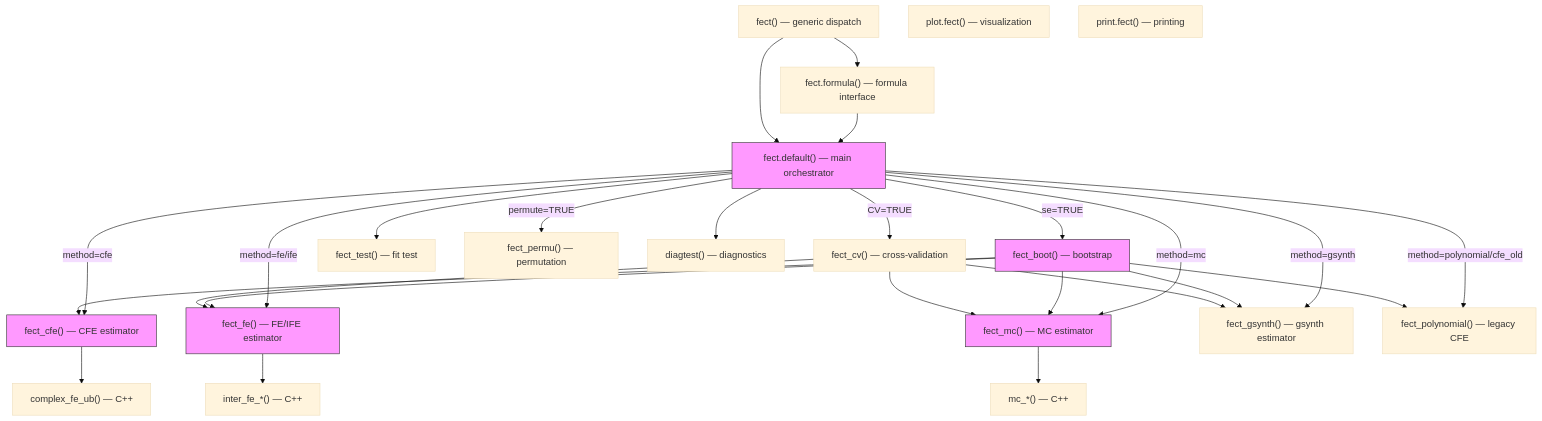
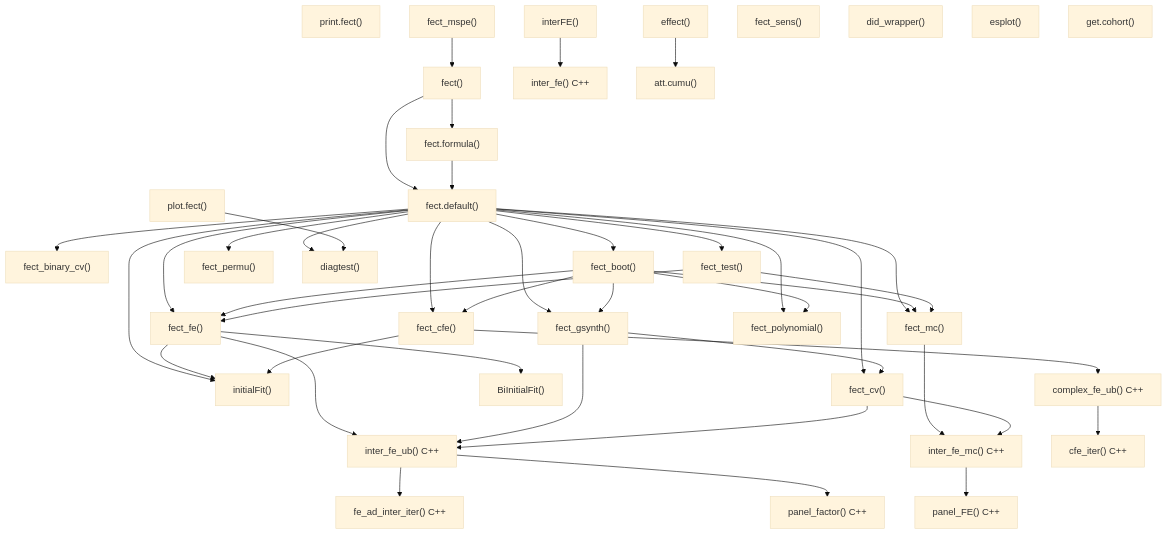
Before and after one commit to xuyiqing/fect: the second of 3 diagrams in architecture.md, drawn with Mermaid (base theme). The commit also changed other lines of this file, not shown here.

First line of the commit message:
docs: rewrite architecture.md as permanent canonical reference

````diff
--- a/architecture.md
+++ b/architecture.md
@@ -150,58 +153,62 @@
 ```mermaid
 graph TD
-    fect["fect() — generic dispatch"]
-    fect_formula["fect.formula() — formula interface"]
-    fect_default["fect.default() — main orchestrator"]
-    fect_cfe_fn["fect_cfe() — CFE estimator"]
-    fect_fe_fn["fect_fe() — FE/IFE estimator"]
-    fect_mc_fn["fect_mc() — MC estimator"]
-    fect_gsynth_fn["fect_gsynth() — gsynth estimator"]
-    fect_poly_fn["fect_polynomial() — legacy CFE"]
-    fect_cv_fn["fect_cv() — cross-validation"]
-    fect_boot_fn["fect_boot() — bootstrap"]
-    fect_test_fn["fect_test() — fit test"]
-    fect_permu_fn["fect_permu() — permutation"]
-    diagtest_fn["diagtest() — diagnostics"]
-    plot_fect["plot.fect() — visualization"]
-    print_fect["print.fect() — printing"]
+    fect["fect()"] --> fect_formula["fect.formula()"]
+    fect --> fect_default["fect.default()"]
+    fect_formula --> fect_default
 
-    complex_fe_ub["complex_fe_ub() — C++"]
-    inter_fe["inter_fe_*() — C++"]
-    mc_cpp["mc_*() — C++"]
+    fect_default --> initialFit["initialFit()"]
+    fect_default --> fect_fe["fect_fe()"]
+    fect_default --> fect_cfe["fect_cfe()"]
+    fect_default --> fect_mc["fect_mc()"]
+    fect_default --> fect_gsynth["fect_gsynth()"]
+    fect_default --> fect_polynomial["fect_polynomial()"]
+    fect_default --> fect_cv["fect_cv()"]
+    fect_default --> fect_binary_cv["fect_binary_cv()"]
+    fect_default --> fect_boot["fect_boot()"]
+    fect_default --> fect_test["fect_test()"]
+    fect_default --> fect_permu["fect_permu()"]
+    fect_default --> diagtest["diagtest()"]
 
-    fect --> fect_formula
-    fect_formula --> fect_default
-    fect --> fect_default
+    fect_fe --> initialFit
+    fect_fe --> inter_fe_ub["inter_fe_ub() C++"]
+    fect_fe --> BiInitialFit["BiInitialFit()"]
 
-    fect_default -->|"method=fe/ife"| fect_fe_fn
-    fect_default -->|"method=cfe"| fect_cfe_fn
-    fect_default -->|"method=mc"| fect_mc_fn
-    fect_default -->|"method=gsynth"| fect_gsynth_fn
-    fect_default -->|"method=polynomial/cfe_old"| fect_poly_fn
-    fect_default -->|"CV=TRUE"| fect_cv_fn
-    fect_default -->|"se=TRUE"| fect_boot_fn
-    fect_default -->|"permute=TRUE"| fect_permu_fn
+    fect_cfe --> initialFit
+    fect_cfe --> complex_fe_ub["complex_fe_ub() C++"]
 
-    fect_cfe_fn --> complex_fe_ub
-    fect_fe_fn --> inter_fe
-    fect_mc_fn --> mc_cpp
+    fect_mc --> inter_fe_mc["inter_fe_mc() C++"]
 
-    fect_boot_fn --> fect_cfe_fn
-    fect_boot_fn --> fect_fe_fn
-    fect_boot_fn --> fect_mc_fn
-    fect_boot_fn --> fect_gsynth_fn
-    fect_boot_fn --> fect_poly_fn
+    fect_gsynth --> inter_fe_ub
+    fect_gsynth --> fect_cv
 
-    fect_cv_fn --> fect_fe_fn
-    fect_cv_fn --> fect_mc_fn
-    fect_cv_fn --> fect_gsynth_fn
+    fect_cv --> inter_fe_ub
+    fect_cv --> inter_fe_mc
 
-    fect_default --> diagtest_fn
-    fect_default --> fect_test_fn
+    fect_boot --> fect_fe
+    fect_boot --> fect_cfe
+    fect_boot --> fect_mc
+    fect_boot --> fect_gsynth
+    fect_boot --> fect_polynomial
 
-    style fect_default fill:#f9f,stroke:#333
-    style fect_cfe_fn fill:#f9f,stroke:#333
-    style fect_fe_fn fill:#f9f,stroke:#333
-    style fect_mc_fn fill:#f9f,stroke:#333
-    style fect_boot_fn fill:#f9f,stroke:#333
+    fect_test --> fect_fe
+    fect_test --> fect_mc
+
+    complex_fe_ub --> cfe_iter["cfe_iter() C++"]
+    inter_fe_ub --> fe_ad_inter_iter["fe_ad_inter_iter() C++"]
+    inter_fe_ub --> panel_factor["panel_factor() C++"]
+    inter_fe_mc --> panel_FE["panel_FE() C++"]
+
+    plot_fect["plot.fect()"] --> diagtest
+    print_fect["print.fect()"]
+
+    interFE["interFE()"] --> inter_fe["inter_fe() C++"]
+
+    effect_fn["effect()"] --> att_cumu["att.cumu()"]
+
+    fect_mspe["fect_mspe()"] --> fect
+    fect_sens["fect_sens()"]
+
+    did_wrapper["did_wrapper()"]
+    esplot_fn["esplot()"]
+    get_cohort["get.cohort()"]
 ```
````
